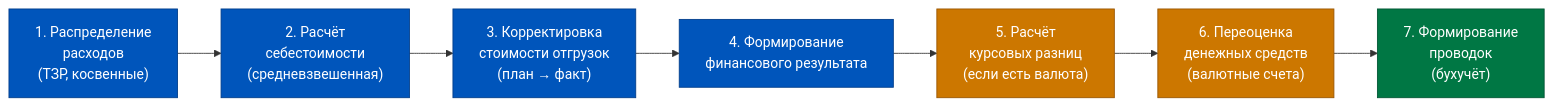
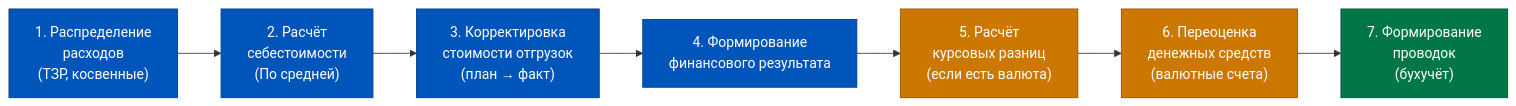
One commit to murad1986/edu-site changed the first of 8 diagrams in content/1c_erp_qcom/week_8/Неделя 8 - День 5 - Закрытие месяца.md. Above: the diagram before and after it, drawn with Mermaid. The commit also changed other lines of this file and 43 other files, not shown here.

````diff
--- a/content/1c_erp_qcom/week_8/Неделя 8 - День 5 - Закрытие месяца.md
+++ b/content/1c_erp_qcom/week_8/Неделя 8 - День 5 - Закрытие месяца.md
@@ -55,13 +76,13 @@
 ```mermaid
 flowchart LR
-    A["1. Распределение\nрасходов\n(ТЗР, косвенные)"]:::blue --> B["2. Расчёт\nсебестоимости\n(средневзвешенная)"]:::blue
+    A["1. Распределение\nрасходов\n(ТЗР, косвенные)"]:::blue --> B["2. Расчёт\nсебестоимости\n(По средней)"]:::blue
     B --> C["3. Корректировка\nстоимости отгрузок\n(план → факт)"]:::blue
     C --> D["4. Формирование\nфинансового результата"]:::blue
     D --> E["5. Расчёт\nкурсовых разниц\n(если есть валюта)"]:::orange
     E --> F["6. Переоценка\nденежных средств\n(валютные счета)"]:::orange
     F --> G["7. Формирование\nпроводок\n(бухучёт)"]:::green
 
     classDef blue fill:#0055BB,color:#fff,stroke:#003d8a
     classDef orange fill:#CC7700,color:#fff,stroke:#995500
     classDef green fill:#007744,color:#fff,stroke:#005533
 ```
````
